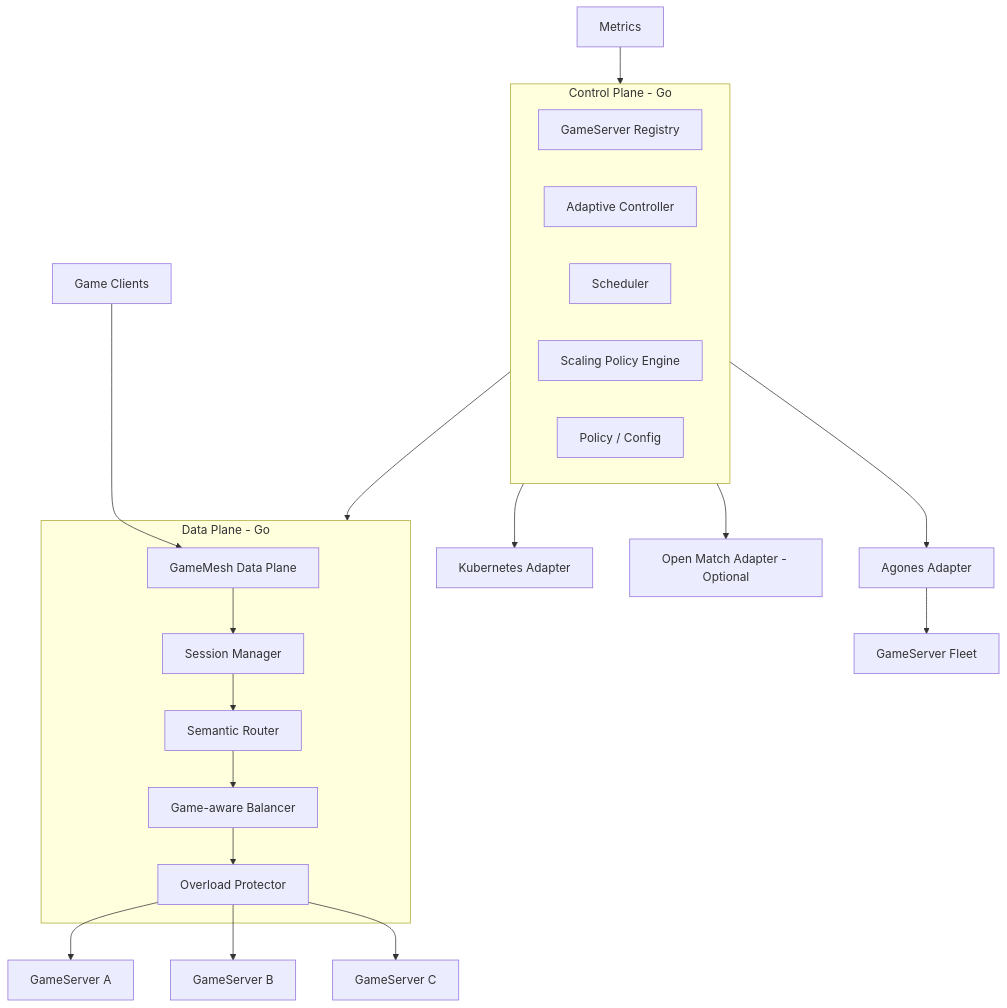
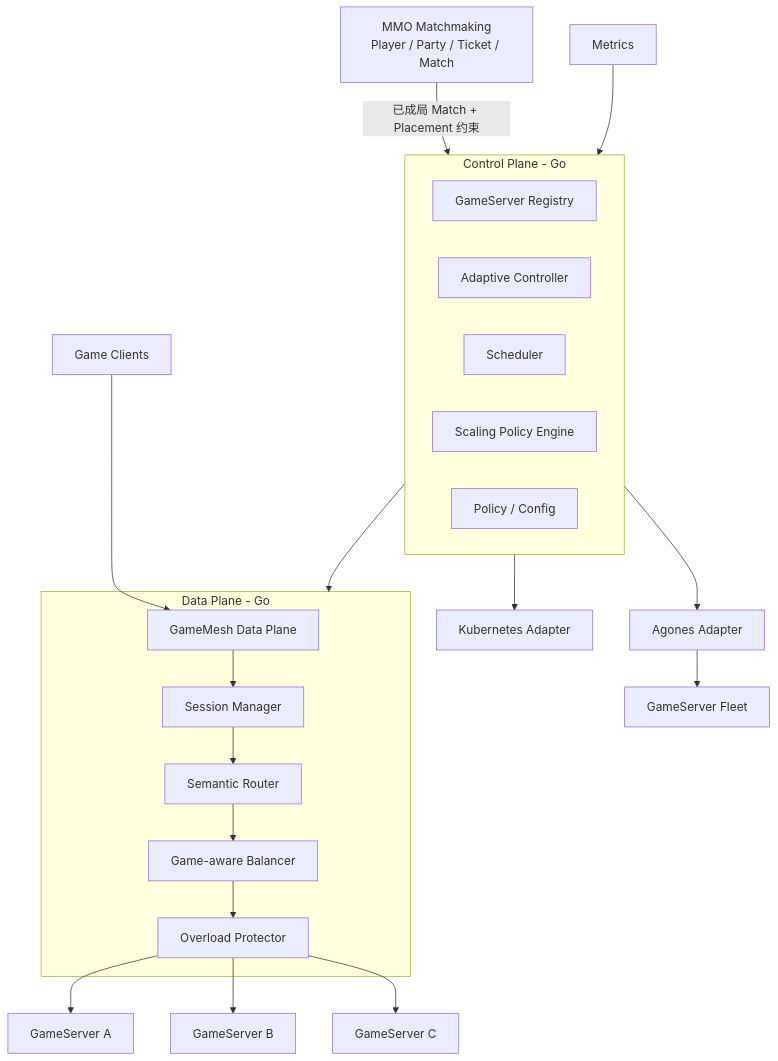
The diagram in docs/foundation/03_architecture_and_boundaries.md (fff-rick/GameMesh), drawn with Mermaid before and after one commit. The commit also changed other lines of this file and 6 other files, not shown here.

````diff
--- a/docs/foundation/03_architecture_and_boundaries.md
+++ b/docs/foundation/03_architecture_and_boundaries.md
@@ -5,31 +5,31 @@
 ```mermaid
 flowchart TB
     C[Game Clients] --> G[GameMesh Data Plane]
+    MMO[MMO Matchmaking\nPlayer / Party / Ticket / Match] -->|已成局 Match + Placement 约束| CP
 
     subgraph DP[Data Plane - Go]
         G --> SESS[Session Manager]
         SESS --> R[Semantic Router]
         R --> LB[Game-aware Balancer]
         LB --> OP[Overload Protector]
     end
 
     OP --> GS1[GameServer A]
     OP --> GS2[GameServer B]
     OP --> GS3[GameServer C]
 
     M[Metrics] --> CP
 
     subgraph CP[Control Plane - Go]
         REG[GameServer Registry]
         CTRL[Adaptive Controller]
         SCH[Scheduler]
         SCALE[Scaling Policy Engine]
         POL[Policy / Config]
     end
 
     CP --> DP
     CP --> AG[Agones Adapter]
     CP --> K8S[Kubernetes Adapter]
-    CP --> OM[Open Match Adapter - Optional]
     AG --> GSPOOL[GameServer Fleet]
 ```
````
